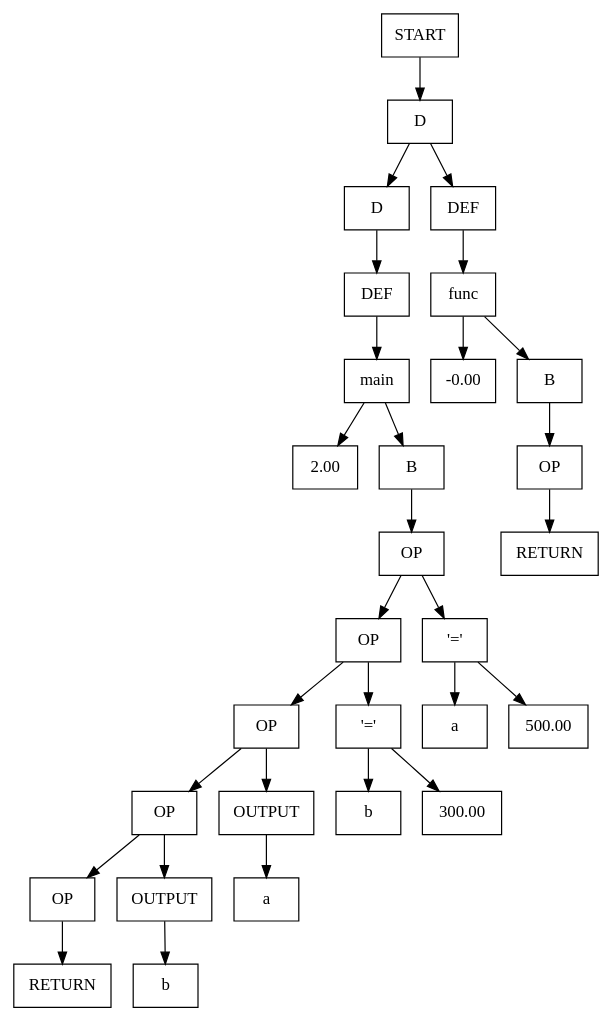
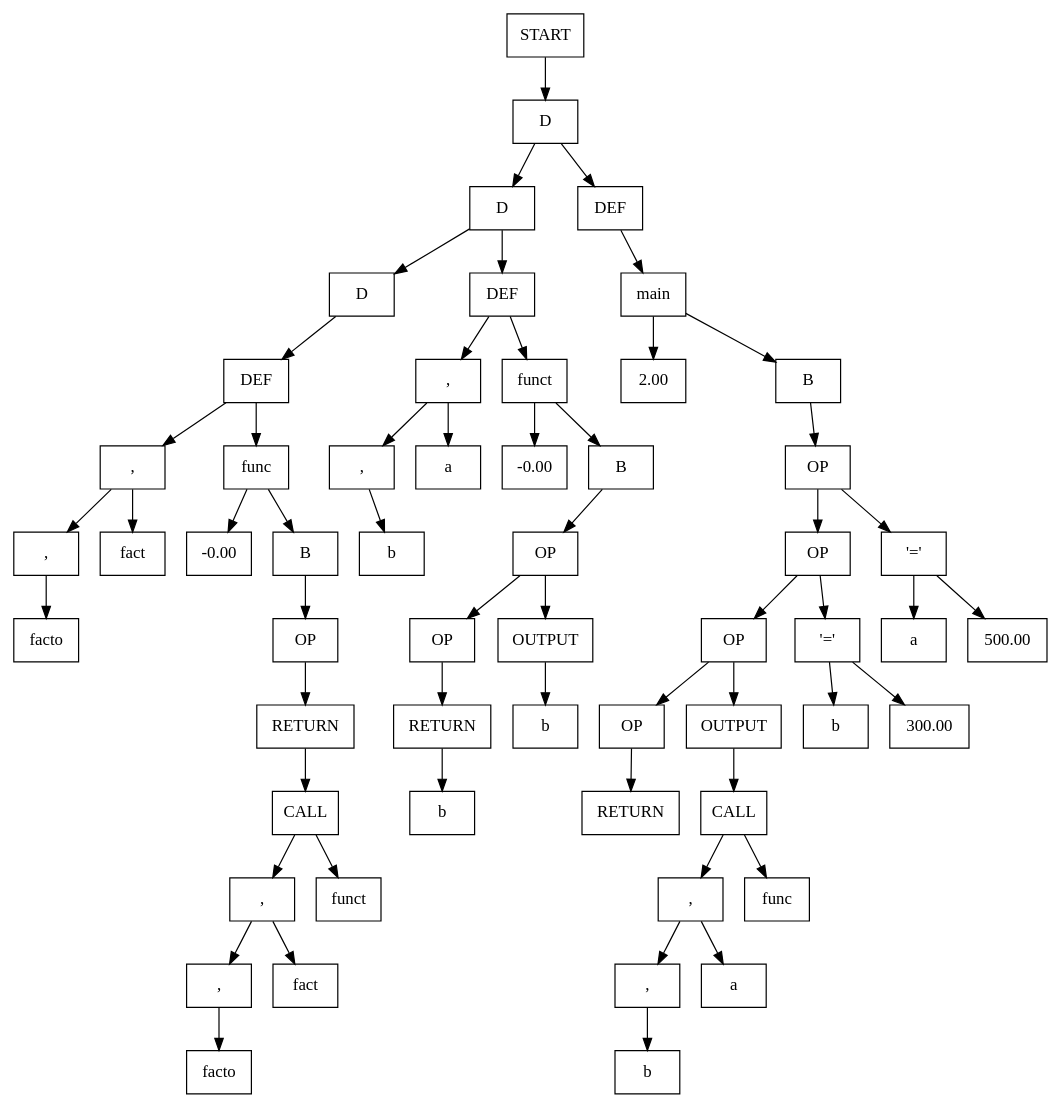
The diagram in resources/output.dot (AnastasMIPT/Language), drawn with Graphviz before and after one commit. The commit also changed 4 other files, not shown here.

```diff
--- a/resources/output.dot
+++ b/resources/output.dot
@@ -1,59 +1,113 @@
 digraph {
-node0x55702348fc50 [label="START", shape=box];
-node0x557023490b90 [label="D", shape=box];
-node0x55702348fc50 -> node0x557023490b90
-node0x557023490d10 [label="D", shape=box];
-node0x55702348fcc0 [label="DEF", shape=box];
-node0x557023490b90 -> node0x557023490d10
-node0x557023490b90 -> node0x55702348fcc0
-node0x55702348fd30 [label="func", shape=box];
-node0x55702348fcc0 -> node0x55702348fd30
-node0x557023490ce0 [label="-0.00", shape=box];
-node0x557023490c00 [label="B", shape=box];
-node0x55702348fd30 -> node0x557023490ce0
-node0x55702348fd30 -> node0x557023490c00
-node0x557023490c70 [label="OP", shape=box];
-node0x557023490c00 -> node0x557023490c70
-node0x55702348ff60 [label="RETURN", shape=box];
-node0x557023490c70 -> node0x55702348ff60
-node0x5570234900b0 [label="DEF", shape=box];
-node0x557023490d10 -> node0x5570234900b0
-node0x557023490120 [label="main", shape=box];
-node0x5570234900b0 -> node0x557023490120
-node0x557023491020 [label="2.00", shape=box];
-node0x557023490d80 [label="B", shape=box];
-node0x557023490120 -> node0x557023491020
-node0x557023490120 -> node0x557023490d80
-node0x557023490df0 [label="OP", shape=box];
-node0x557023490d80 -> node0x557023490df0
-node0x557023490e60 [label="OP", shape=box];
-node0x5570234903c0 [label="'='", shape=box];
-node0x557023490df0 -> node0x557023490e60
-node0x557023490df0 -> node0x5570234903c0
-node0x557023490350 [label="a", shape=box];
-node0x557023490430 [label="500.00", shape=box];
-node0x5570234903c0 -> node0x557023490350
-node0x5570234903c0 -> node0x557023490430
-node0x557023490ed0 [label="OP", shape=box];
-node0x557023490540 [label="'='", shape=box];
-node0x557023490e60 -> node0x557023490ed0
-node0x557023490e60 -> node0x557023490540
-node0x5570234904d0 [label="b", shape=box];
-node0x5570234905b0 [label="300.00", shape=box];
-node0x557023490540 -> node0x5570234904d0
-node0x557023490540 -> node0x5570234905b0
-node0x557023490f40 [label="OP", shape=box];
-node0x557023490650 [label="OUTPUT", shape=box];
-node0x557023490ed0 -> node0x557023490f40
-node0x557023490ed0 -> node0x557023490650
-node0x557023490730 [label="a", shape=box];
-node0x557023490650 -> node0x557023490730
-node0x557023490fb0 [label="OP", shape=box];
-node0x557023490810 [label="OUTPUT", shape=box];
-node0x557023490f40 -> node0x557023490fb0
-node0x557023490f40 -> node0x557023490810
-node0x5570234908f0 [label="b", shape=box];
-node0x557023490810 -> node0x5570234908f0
-node0x5570234909d0 [label="RETURN", shape=box];
-node0x557023490fb0 -> node0x5570234909d0
+node0x55e213b0bc50 [label="START", shape=box];
+node0x55e213b0d760 [label="D", shape=box];
+node0x55e213b0bc50 -> node0x55e213b0d760
+node0x55e213b0db80 [label="D", shape=box];
+node0x55e213b0bcc0 [label="DEF", shape=box];
+node0x55e213b0d760 -> node0x55e213b0db80
+node0x55e213b0d760 -> node0x55e213b0bcc0
+node0x55e213b0bd30 [label="main", shape=box];
+node0x55e213b0bcc0 -> node0x55e213b0bd30
+node0x55e213b0db50 [label="2.00", shape=box];
+node0x55e213b0d7d0 [label="B", shape=box];
+node0x55e213b0bd30 -> node0x55e213b0db50
+node0x55e213b0bd30 -> node0x55e213b0d7d0
+node0x55e213b0d840 [label="OP", shape=box];
+node0x55e213b0d7d0 -> node0x55e213b0d840
+node0x55e213b0d8b0 [label="OP", shape=box];
+node0x55e213b0bfd0 [label="'='", shape=box];
+node0x55e213b0d840 -> node0x55e213b0d8b0
+node0x55e213b0d840 -> node0x55e213b0bfd0
+node0x55e213b0bf60 [label="a", shape=box];
+node0x55e213b0c040 [label="500.00", shape=box];
+node0x55e213b0bfd0 -> node0x55e213b0bf60
+node0x55e213b0bfd0 -> node0x55e213b0c040
+node0x55e213b0d920 [label="OP", shape=box];
+node0x55e213b0c150 [label="'='", shape=box];
+node0x55e213b0d8b0 -> node0x55e213b0d920
+node0x55e213b0d8b0 -> node0x55e213b0c150
+node0x55e213b0c0e0 [label="b", shape=box];
+node0x55e213b0c1c0 [label="300.00", shape=box];
+node0x55e213b0c150 -> node0x55e213b0c0e0
+node0x55e213b0c150 -> node0x55e213b0c1c0
+node0x55e213b0dae0 [label="OP", shape=box];
+node0x55e213b0c260 [label="OUTPUT", shape=box];
+node0x55e213b0d920 -> node0x55e213b0dae0
+node0x55e213b0d920 -> node0x55e213b0c260
+node0x55e213b0d990 [label="CALL", shape=box];
+node0x55e213b0c260 -> node0x55e213b0d990
+node0x55e213b0da00 [label=",", shape=box];
+node0x55e213b0c340 [label="func", shape=box];
+node0x55e213b0d990 -> node0x55e213b0da00
+node0x55e213b0d990 -> node0x55e213b0c340
+node0x55e213b0da70 [label=",", shape=box];
+node0x55e213b0c420 [label="a", shape=box];
+node0x55e213b0da00 -> node0x55e213b0da70
+node0x55e213b0da00 -> node0x55e213b0c420
+node0x55e213b0c500 [label="b", shape=box];
+node0x55e213b0da70 -> node0x55e213b0c500
+node0x55e213b0c650 [label="RETURN", shape=box];
+node0x55e213b0dae0 -> node0x55e213b0c650
+node0x55e213b0de50 [label="D", shape=box];
+node0x55e213b0c7a0 [label="DEF", shape=box];
+node0x55e213b0db80 -> node0x55e213b0de50
+node0x55e213b0db80 -> node0x55e213b0c7a0
+node0x55e213b0dbf0 [label=",", shape=box];
+node0x55e213b0c810 [label="funct", shape=box];
+node0x55e213b0c7a0 -> node0x55e213b0dbf0
+node0x55e213b0c7a0 -> node0x55e213b0c810
+node0x55e213b0de20 [label="-0.00", shape=box];
+node0x55e213b0dcd0 [label="B", shape=box];
+node0x55e213b0c810 -> node0x55e213b0de20
+node0x55e213b0c810 -> node0x55e213b0dcd0
+node0x55e213b0dd40 [label="OP", shape=box];
+node0x55e213b0dcd0 -> node0x55e213b0dd40
+node0x55e213b0ddb0 [label="OP", shape=box];
+node0x55e213b0cb90 [label="OUTPUT", shape=box];
+node0x55e213b0dd40 -> node0x55e213b0ddb0
+node0x55e213b0dd40 -> node0x55e213b0cb90
+node0x55e213b0cc70 [label="b", shape=box];
+node0x55e213b0cb90 -> node0x55e213b0cc70
+node0x55e213b0cd50 [label="RETURN", shape=box];
+node0x55e213b0ddb0 -> node0x55e213b0cd50
+node0x55e213b0cdc0 [label="b", shape=box];
+node0x55e213b0cd50 -> node0x55e213b0cdc0
+node0x55e213b0dc60 [label=",", shape=box];
+node0x55e213b0c8f0 [label="a", shape=box];
+node0x55e213b0dbf0 -> node0x55e213b0dc60
+node0x55e213b0dbf0 -> node0x55e213b0c8f0
+node0x55e213b0c9d0 [label="b", shape=box];
+node0x55e213b0dc60 -> node0x55e213b0c9d0
+node0x55e213b0cf10 [label="DEF", shape=box];
+node0x55e213b0de50 -> node0x55e213b0cf10
+node0x55e213b0dec0 [label=",", shape=box];
+node0x55e213b0cf80 [label="func", shape=box];
+node0x55e213b0cf10 -> node0x55e213b0dec0
+node0x55e213b0cf10 -> node0x55e213b0cf80
+node0x55e213b0e1d0 [label="-0.00", shape=box];
+node0x55e213b0dfa0 [label="B", shape=box];
+node0x55e213b0cf80 -> node0x55e213b0e1d0
+node0x55e213b0cf80 -> node0x55e213b0dfa0
+node0x55e213b0e010 [label="OP", shape=box];
+node0x55e213b0dfa0 -> node0x55e213b0e010
+node0x55e213b0d300 [label="RETURN", shape=box];
+node0x55e213b0e010 -> node0x55e213b0d300
+node0x55e213b0e080 [label="CALL", shape=box];
+node0x55e213b0d300 -> node0x55e213b0e080
+node0x55e213b0e0f0 [label=",", shape=box];
+node0x55e213b0d370 [label="funct", shape=box];
+node0x55e213b0e080 -> node0x55e213b0e0f0
+node0x55e213b0e080 -> node0x55e213b0d370
+node0x55e213b0e160 [label=",", shape=box];
+node0x55e213b0d450 [label="fact", shape=box];
+node0x55e213b0e0f0 -> node0x55e213b0e160
+node0x55e213b0e0f0 -> node0x55e213b0d450
+node0x55e213b0d530 [label="facto", shape=box];
+node0x55e213b0e160 -> node0x55e213b0d530
+node0x55e213b0df30 [label=",", shape=box];
+node0x55e213b0d060 [label="fact", shape=box];
+node0x55e213b0dec0 -> node0x55e213b0df30
+node0x55e213b0dec0 -> node0x55e213b0d060
+node0x55e213b0d140 [label="facto", shape=box];
+node0x55e213b0df30 -> node0x55e213b0d140
 }
```
